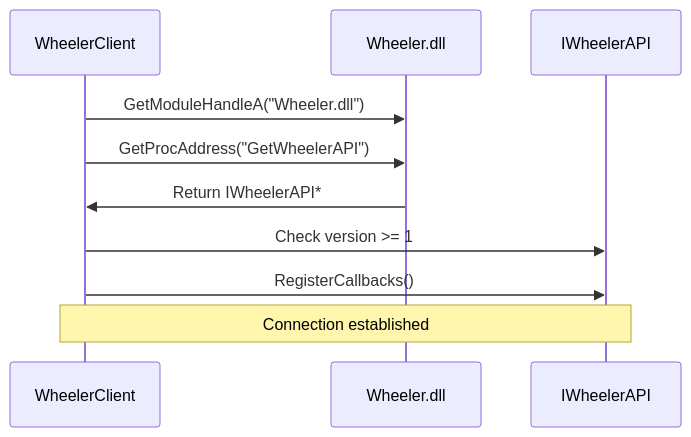
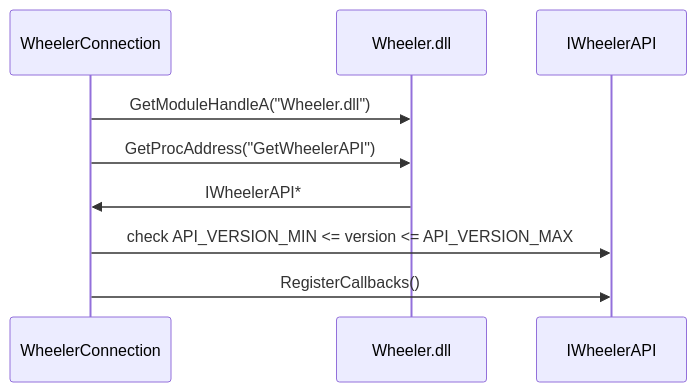
The fourth of 10 diagrams in docs/architecture/6-ui-ux.md (LandingCrew/huginn), drawn with Mermaid before and after one commit. The commit also changed other lines of this file and 27 other files, not shown here.

````diff
--- a/docs/architecture/6-ui-ux.md
+++ b/docs/architecture/6-ui-ux.md
@@ -255,14 +560,12 @@
 ```mermaid
 sequenceDiagram
-    participant Huginn as WheelerClient
+    participant Huginn as WheelerConnection
     participant DLL as Wheeler.dll
     participant API as IWheelerAPI
 
     Huginn->>DLL: GetModuleHandleA("Wheeler.dll")
     Huginn->>DLL: GetProcAddress("GetWheelerAPI")
-    DLL->>Huginn: Return IWheelerAPI*
-    Huginn->>API: Check version >= 1
+    DLL->>Huginn: IWheelerAPI*
+    Huginn->>API: check API_VERSION_MIN <= version <= API_VERSION_MAX
     Huginn->>API: RegisterCallbacks()
-
-    Note over Huginn,API: Connection established
 ```
````
